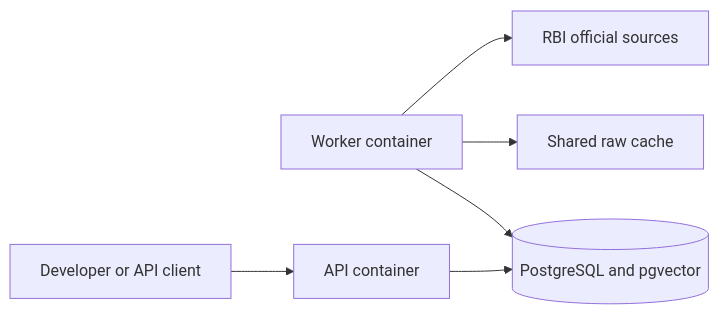
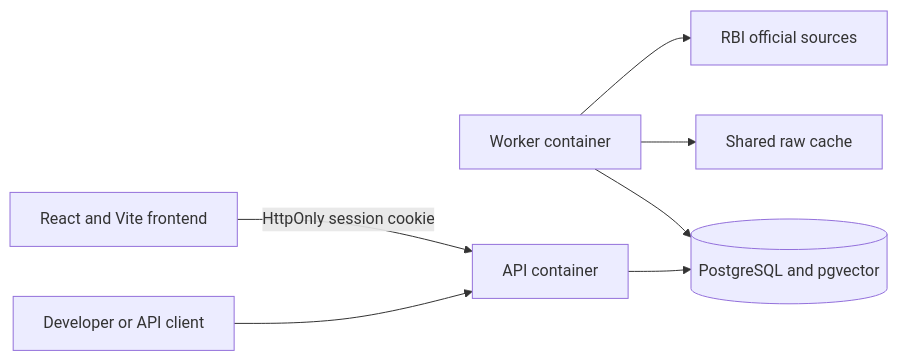
One commit to arnav7897/RAAY changed the fifth of 5 diagrams in flow.md. Above: the diagram before and after it, drawn with Mermaid. The commit also changed other lines of this file and 1 other file, not shown here.

Commit message:
docs: record current RAAY product flow decisions

````diff
--- a/flow.md
+++ b/flow.md
@@ -205,8 +243,9 @@
 ```mermaid
 flowchart LR
   W[Worker container] --> RBI[RBI official sources]
   W --> RAW[Shared raw cache]
   W --> DB[(PostgreSQL and pgvector)]
   API[API container] --> DB
+  FE[React and Vite frontend] -->|HttpOnly session cookie| API
   DEV[Developer or API client] --> API
 ```
````
